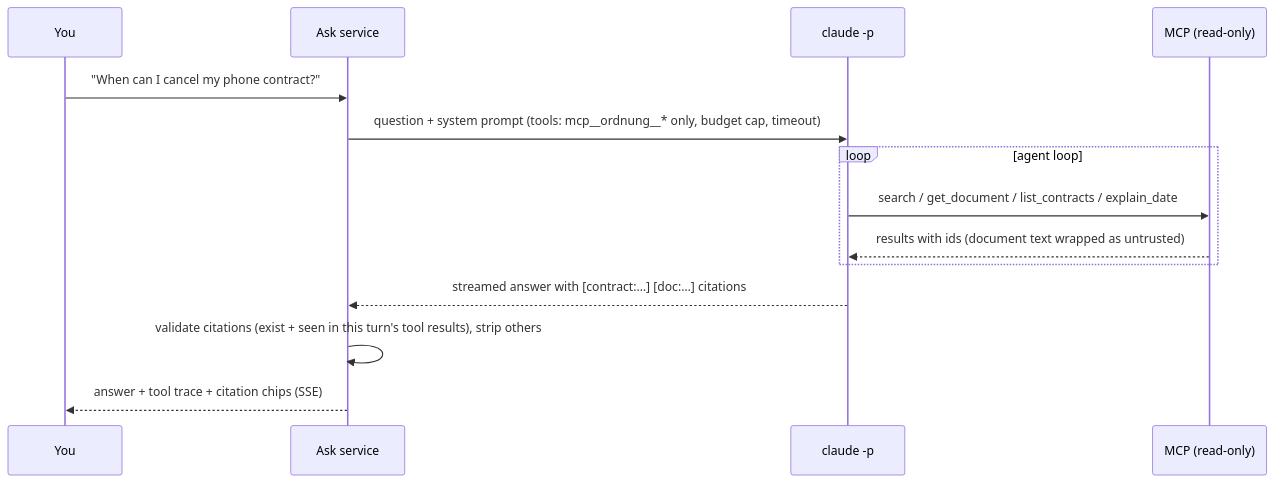
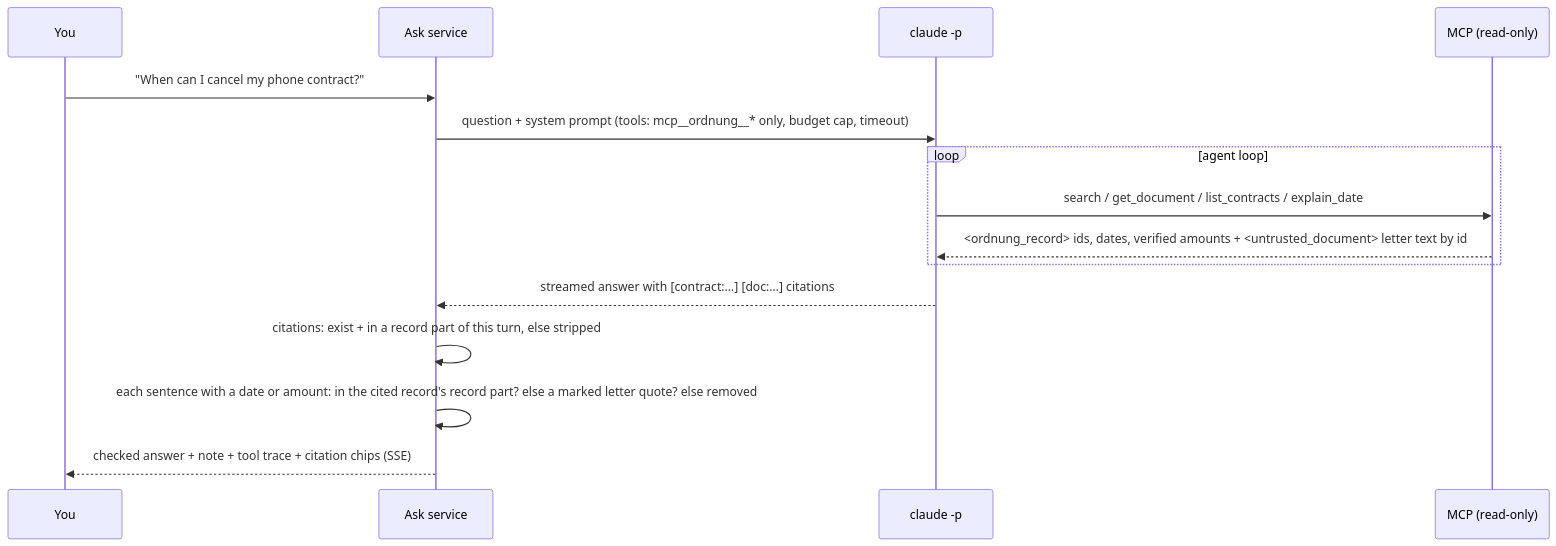
Before and after one commit to ahmedEid1/ordnung: the third of 4 diagrams in docs/architecture.md, drawn with Mermaid. The commit also changed other lines of this file and 3 other files, not shown here.

````diff
--- a/docs/architecture.md
+++ b/docs/architecture.md
@@ -99,16 +100,17 @@
 ```mermaid
 sequenceDiagram
   participant U as You
   participant S as Ask service
   participant C as claude -p
   participant M as MCP (read-only)
   U->>S: "When can I cancel my phone contract?"
   S->>C: question + system prompt (tools: mcp__ordnung__* only, budget cap, timeout)
   loop agent loop
     C->>M: search / get_document / list_contracts / explain_date
-    M-->>C: results with ids (document text wrapped as untrusted)
+    M-->>C: <ordnung_record> ids, dates, verified amounts + <untrusted_document> letter text by id
   end
   C-->>S: streamed answer with [contract:…] [doc:…] citations
-  S->>S: validate citations (exist + seen in this turn's tool results), strip others
-  S-->>U: answer + tool trace + citation chips (SSE)
+  S->>S: citations: exist + in a record part of this turn, else stripped
+  S->>S: each sentence with a date or amount: in the cited record's record part? else a marked letter quote? else removed
+  S-->>U: checked answer + note + tool trace + citation chips (SSE)
 ```
````
